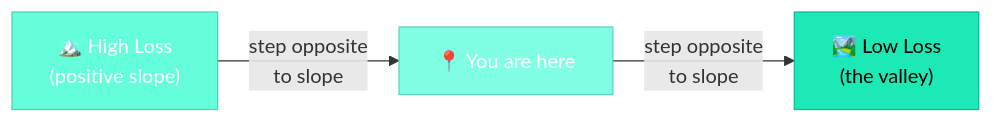
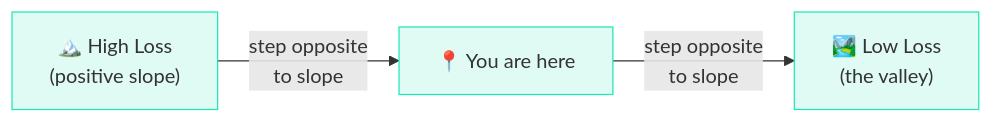
Before and after one commit to iamkhalid2/microgpt-course: the diagram in docs/02-calculus-and-autograd/00-why-we-need-derivatives.md, drawn with Mermaid. The commit also changed 21 other files, not shown here.

Commit message:
Fix Mermaid: remove hardcoded text color (theme-adaptive), add mobile scrolling, fix \\n to br

````diff
--- a/docs/02-calculus-and-autograd/00-why-we-need-derivatives.md
+++ b/docs/02-calculus-and-autograd/00-why-we-need-derivatives.md
@@ -96,9 +96,9 @@
 ```mermaid
 flowchart LR
-    A["🏔️ High Loss\n(positive slope)"] -- "step opposite\nto slope" --> B["📍 You are here"]
-    B -- "step opposite\nto slope" --> C["🏞️ Low Loss\n(the valley)"]
+    A["🏔️ High Loss<br>(positive slope)"] -- "step opposite<br>to slope" --> B["📍 You are here"]
+    B -- "step opposite<br>to slope" --> C["🏞️ Low Loss<br>(the valley)"]
 
-    style A fill:#64ffda,stroke:#4dd4b0,color:#fff
-    style B fill:#80ffe5,stroke:#5cd4bc,color:#fff
-    style C fill:#1de9b6,stroke:#0db99a,color:#000
+    style A fill:#e0faf4,stroke:#1de9b6
+    style B fill:#e0faf4,stroke:#1de9b6
+    style C fill:#e0faf4,stroke:#1de9b6
 ```
````
